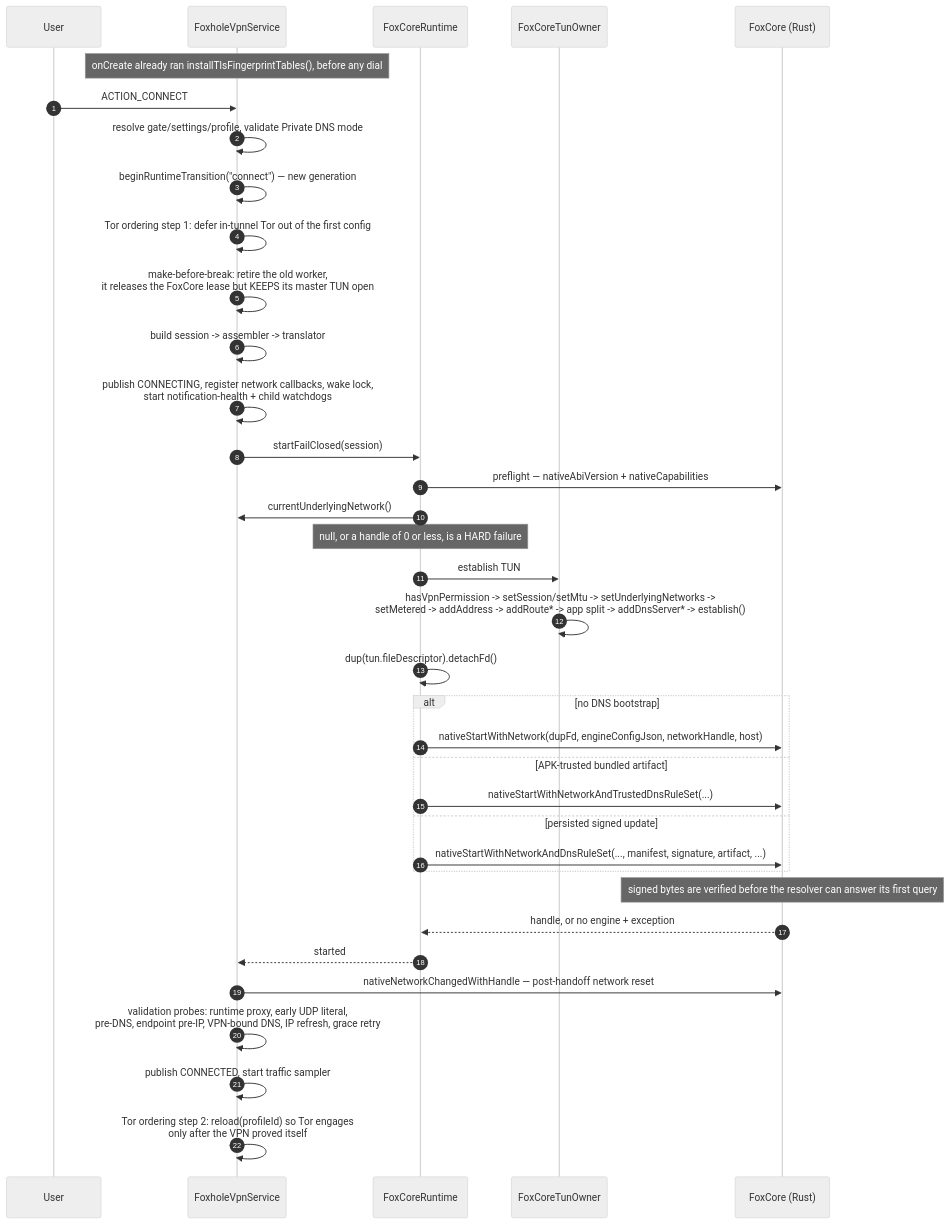
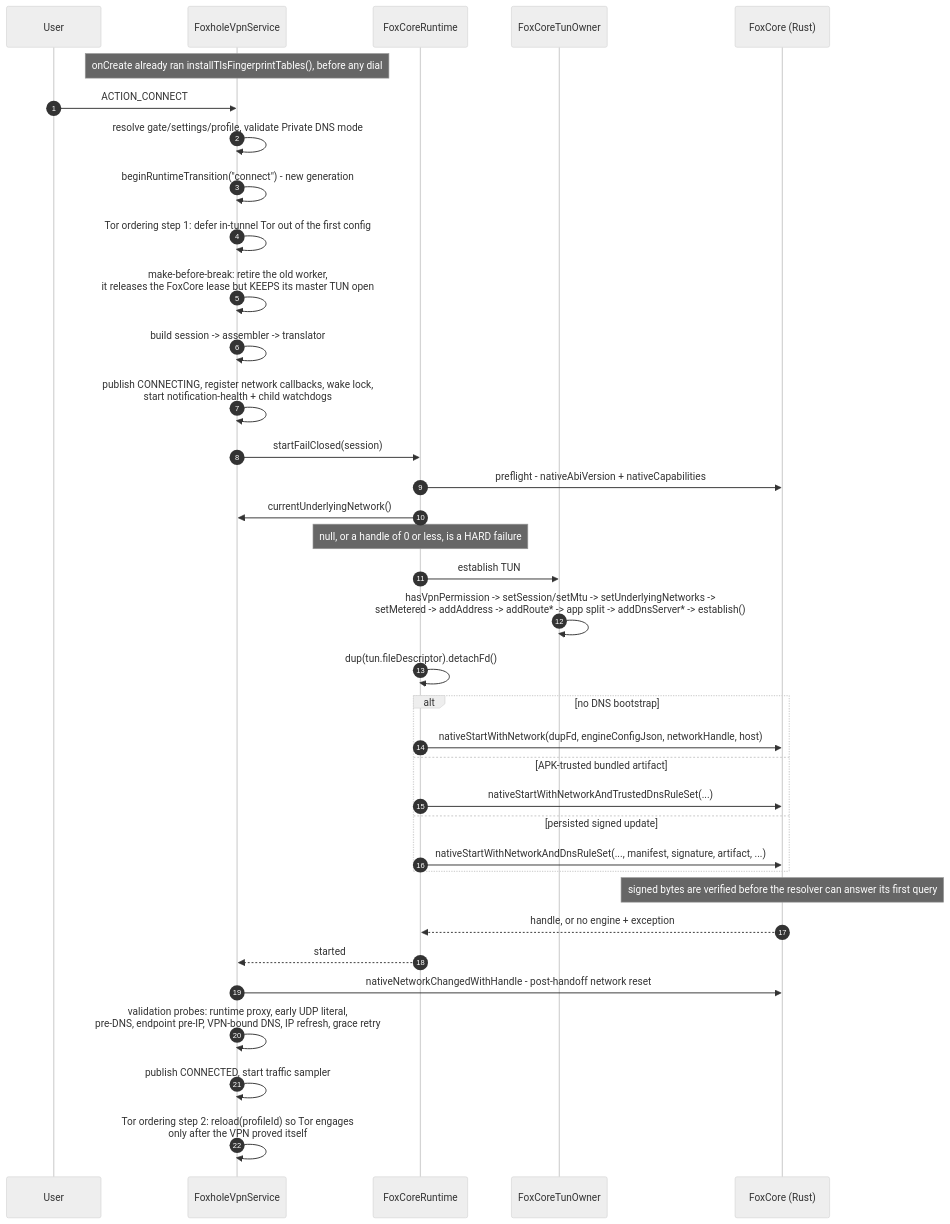
One commit to foxhole-team/foxhole-core changed the fifth of 9 diagrams in docs/architecture/04-app-core-boundary.md. Above: the diagram before and after it, drawn with Mermaid (neutral theme). The commit also changed other lines of this file and 51 other files, not shown here.

````diff
--- a/docs/architecture/04-app-core-boundary.md
+++ b/docs/architecture/04-app-core-boundary.md
@@ -341,39 +341,39 @@
 ```mermaid
 sequenceDiagram
     autonumber
     participant U as User
     participant S as FoxholeVpnService
     participant R as FoxCoreRuntime
     participant O as FoxCoreTunOwner
     participant N as FoxCore (Rust)
 
     Note over S: onCreate already ran installTlsFingerprintTables(), before any dial
     U->>S: ACTION_CONNECT
     S->>S: resolve gate/settings/profile, validate Private DNS mode
-    S->>S: beginRuntimeTransition("connect") — new generation
+    S->>S: beginRuntimeTransition("connect") - new generation
     S->>S: Tor ordering step 1: defer in-tunnel Tor out of the first config
     S->>S: make-before-break: retire the old worker,<br/>it releases the FoxCore lease but KEEPS its master TUN open
     S->>S: build session -> assembler -> translator
     S->>S: publish CONNECTING, register network callbacks, wake lock,<br/>start notification-health + child watchdogs
     S->>R: startFailClosed(session)
-    R->>N: preflight — nativeAbiVersion + nativeCapabilities
+    R->>N: preflight - nativeAbiVersion + nativeCapabilities
     R->>S: currentUnderlyingNetwork()
     Note over R: null, or a handle of 0 or less, is a HARD failure
     R->>O: establish TUN
     O->>O: hasVpnPermission -> setSession/setMtu -> setUnderlyingNetworks -><br/>setMetered -> addAddress -> addRoute* -> app split -> addDnsServer* -> establish()
     R->>R: dup(tun.fileDescriptor).detachFd()
     alt no DNS bootstrap
         R->>N: nativeStartWithNetwork(dupFd, engineConfigJson, networkHandle, host)
     else APK-trusted bundled artifact
         R->>N: nativeStartWithNetworkAndTrustedDnsRuleSet(...)
     else persisted signed update
         R->>N: nativeStartWithNetworkAndDnsRuleSet(..., manifest, signature, artifact, ...)
     end
     Note over N: signed bytes are verified before the resolver can answer its first query
     N-->>R: handle, or no engine + exception
     R-->>S: started
-    S->>N: nativeNetworkChangedWithHandle — post-handoff network reset
+    S->>N: nativeNetworkChangedWithHandle - post-handoff network reset
     S->>S: validation probes: runtime proxy, early UDP literal,<br/>pre-DNS, endpoint pre-IP, VPN-bound DNS, IP refresh, grace retry
     S->>S: publish CONNECTED, start traffic sampler
     S->>S: Tor ordering step 2: reload(profileId) so Tor engages<br/>only after the VPN proved itself
 ```
````
